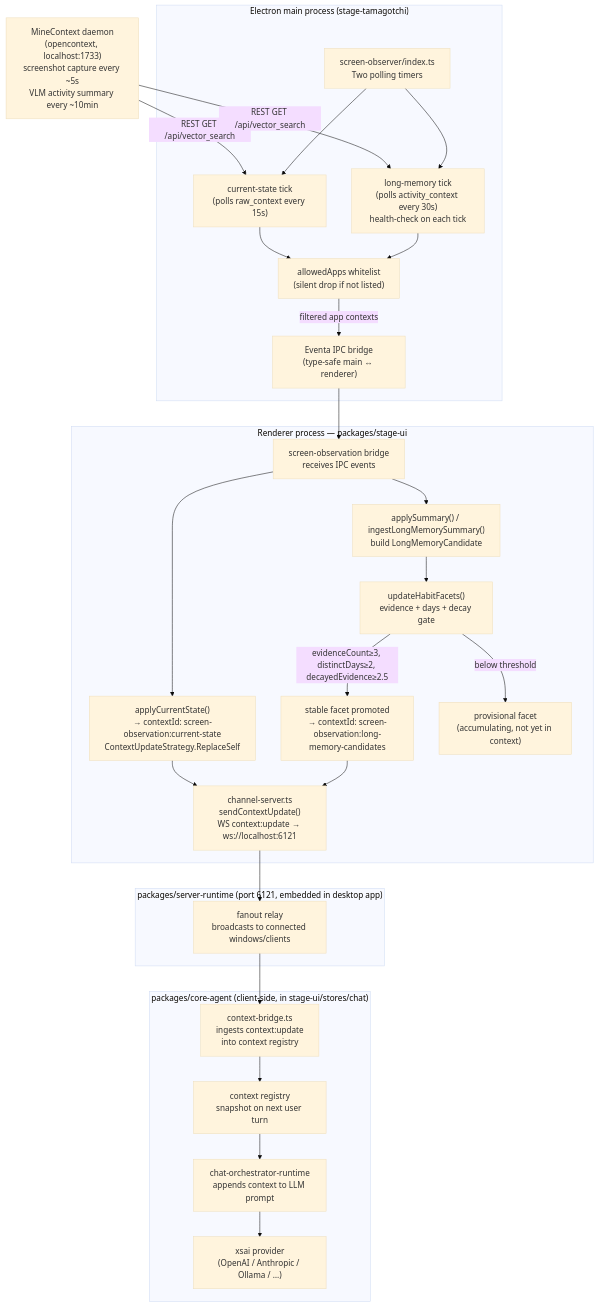
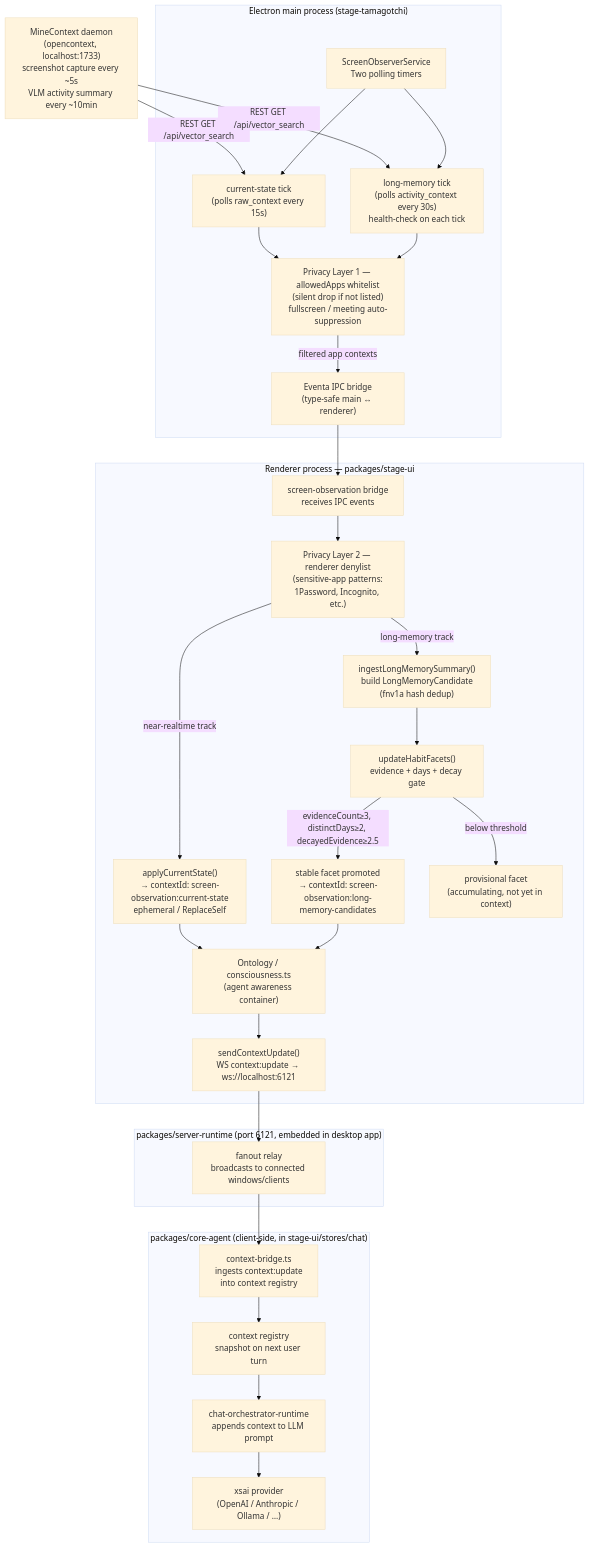
The first of 3 diagrams in README.md (Fire-friend/airi), drawn with Mermaid (base theme) before and after one commit. The commit also changed other lines of this file, not shown here.

Commit message:
docs(readme): correct architecture section — add dual privacy layers, fnv1a dedup, consciousness.ts

````diff
--- a/README.md
+++ b/README.md
@@ -257,54 +257,58 @@
 ```mermaid
 flowchart TD
     MC["MineContext daemon\n(opencontext, localhost:1733)\nscreenshot capture every ~5s\nVLM activity summary every ~10min"]
 
     subgraph MAIN["Electron main process (stage-tamagotchi)"]
-        SO["screen-observer/index.ts\nTwo polling timers"]
+        SO["ScreenObserverService\nTwo polling timers"]
         CS["current-state tick\n(polls raw_context every 15s)"]
         LM["long-memory tick\n(polls activity_context every 30s)\nhealth-check on each tick"]
-        WL["allowedApps whitelist\n(silent drop if not listed)"]
+        WL["Privacy Layer 1 — allowedApps whitelist\n(silent drop if not listed)\nfullscreen / meeting auto-suppression"]
         IPC["Eventa IPC bridge\n(type-safe main ↔ renderer)"]
     end
 
     subgraph RENDERER["Renderer process — packages/stage-ui"]
         BR["screen-observation bridge\nreceives IPC events"]
-        CU["applyCurrentState()\n→ contextId: screen-observation:current-state\nContextUpdateStrategy.ReplaceSelf"]
-        LMI["applySummary() / ingestLongMemorySummary()\nbuild LongMemoryCandidate"]
+        DL["Privacy Layer 2 — renderer denylist\n(sensitive-app patterns:\n1Password, Incognito, etc.)"]
+        CU["applyCurrentState()\n→ contextId: screen-observation:current-state\nephemeral / ReplaceSelf"]
+        LMI["ingestLongMemorySummary()\nbuild LongMemoryCandidate\n(fnv1a hash dedup)"]
         FH["updateHabitFacets()\nevidence + days + decay gate"]
         SF["stable facet promoted\n→ contextId: screen-observation:long-memory-candidates"]
         PF["provisional facet\n(accumulating, not yet in context)"]
-        CH["channel-server.ts\nsendContextUpdate()\nWS context:update → ws://localhost:6121"]
+        ONT["Ontology / consciousness.ts\n(agent awareness container)"]
+        CH["sendContextUpdate()\nWS context:update → ws://localhost:6121"]
     end
 
     subgraph RELAY["packages/server-runtime (port 6121, embedded in desktop app)"]
         SR["fanout relay\nbroadcasts to connected windows/clients"]
     end
 
     subgraph AGENT["packages/core-agent (client-side, in stage-ui/stores/chat)"]
         CB["context-bridge.ts\ningests context:update\ninto context registry"]
         CR["context registry\nsnapshot on next user turn"]
         ORCH["chat-orchestrator-runtime\nappends context to LLM prompt"]
         PROV["xsai provider\n(OpenAI / Anthropic / Ollama / …)"]
     end
 
     MC -->|REST GET /api/vector_search| CS
     MC -->|REST GET /api/vector_search| LM
     SO --> CS
     SO --> LM
     CS --> WL
     LM --> WL
     WL -->|filtered app contexts| IPC
     IPC --> BR
-    BR --> CU
-    BR --> LMI
+    BR --> DL
+    DL -->|near-realtime track| CU
+    DL -->|long-memory track| LMI
     LMI --> FH
     FH -->|evidenceCount≥3, distinctDays≥2, decayedEvidence≥2.5| SF
     FH -->|below threshold| PF
-    CU --> CH
-    SF --> CH
+    CU --> ONT
+    SF --> ONT
+    ONT --> CH
     CH --> SR
     SR --> CB
     CB --> CR
     CR --> ORCH
     ORCH --> PROV
 ```
````
